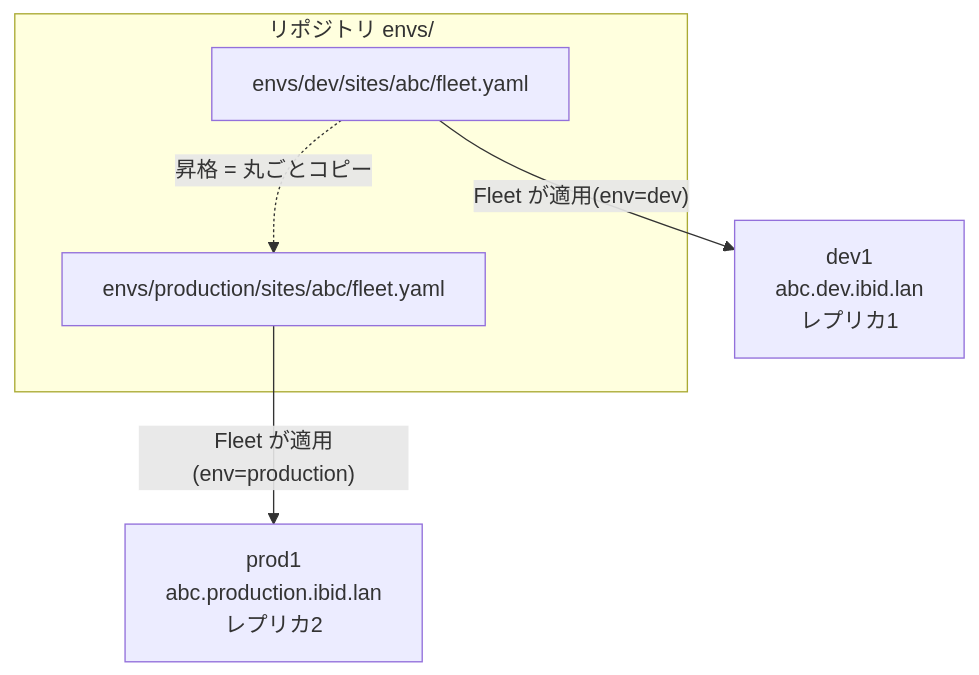
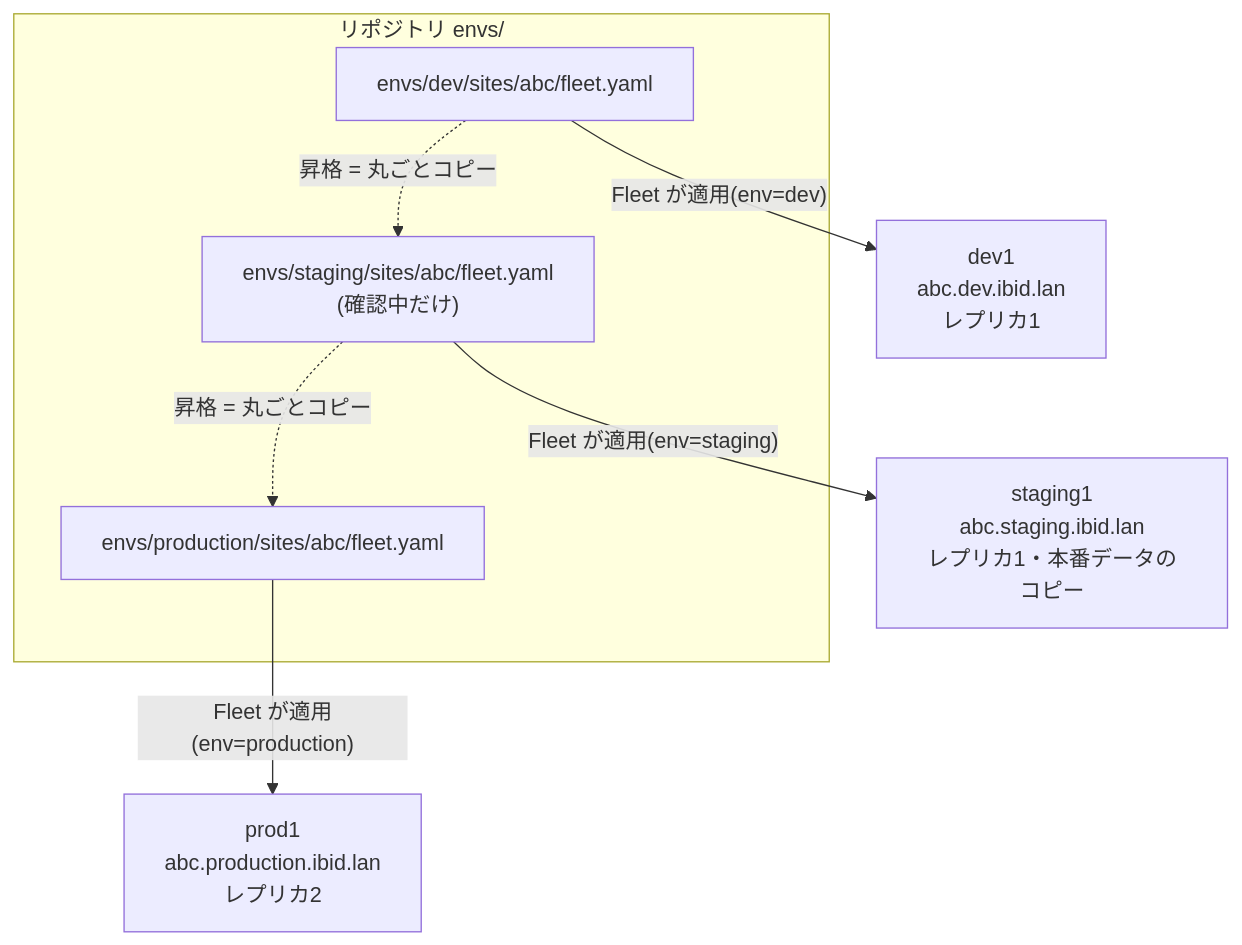
The second of 10 diagrams in docs/architecture.md (silver198545/ibid-fleet-config), drawn with Mermaid before and after one commit. The commit also changed other lines of this file and 24 other files, not shown here.

````diff
--- a/docs/architecture.md
+++ b/docs/architecture.md
@@ -74,10 +78,13 @@
 ```mermaid
 flowchart TB
   subgraph Git["リポジトリ envs/"]
     D["envs/dev/sites/abc/fleet.yaml"]
+    S["envs/staging/sites/abc/fleet.yaml<br>(確認中だけ)"]
     P["envs/production/sites/abc/fleet.yaml"]
   end
-  D -. "昇格 = 丸ごとコピー" .-> P
+  D -. "昇格 = 丸ごとコピー" .-> S
+  S -. "昇格 = 丸ごとコピー" .-> P
   D -->|"Fleet が適用(env=dev)"| DEV["dev1<br>abc.dev.ibid.lan<br>レプリカ1"]
+  S -->|"Fleet が適用(env=staging)"| STG["staging1<br>abc.staging.ibid.lan<br>レプリカ1・本番データのコピー"]
   P -->|"Fleet が適用(env=production)"| PROD["prod1<br>abc.production.ibid.lan<br>レプリカ2"]
 ```
````
